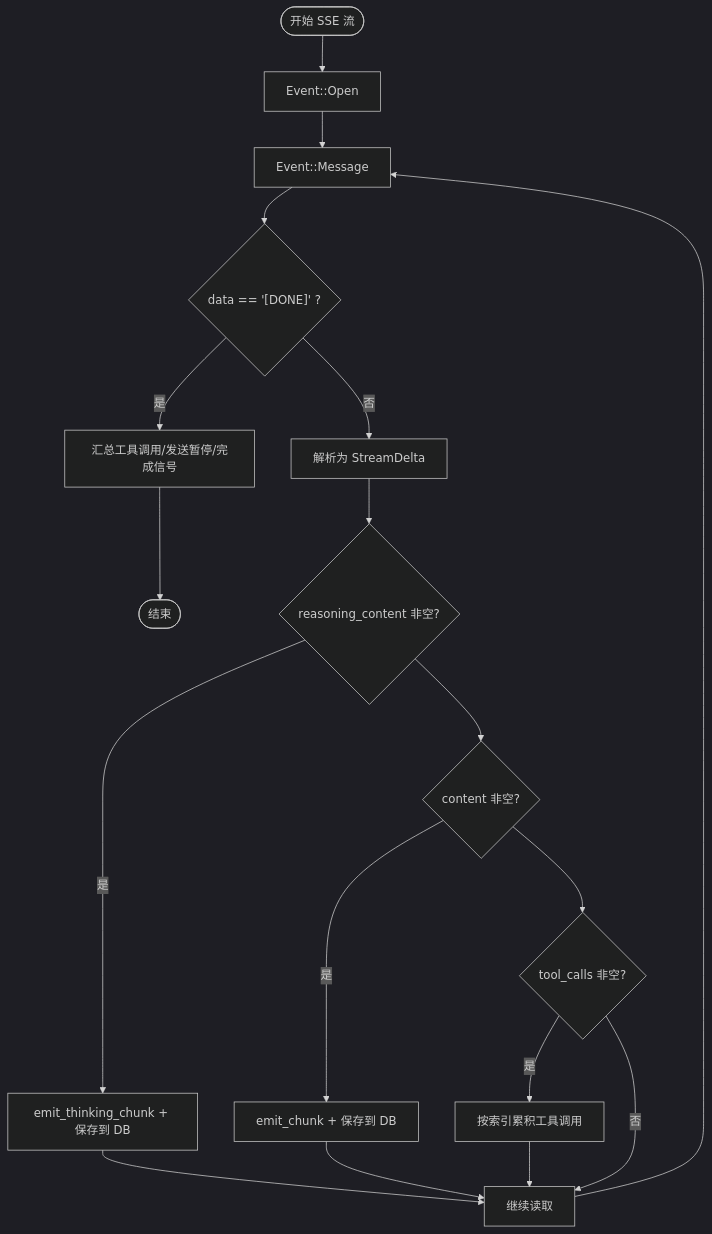
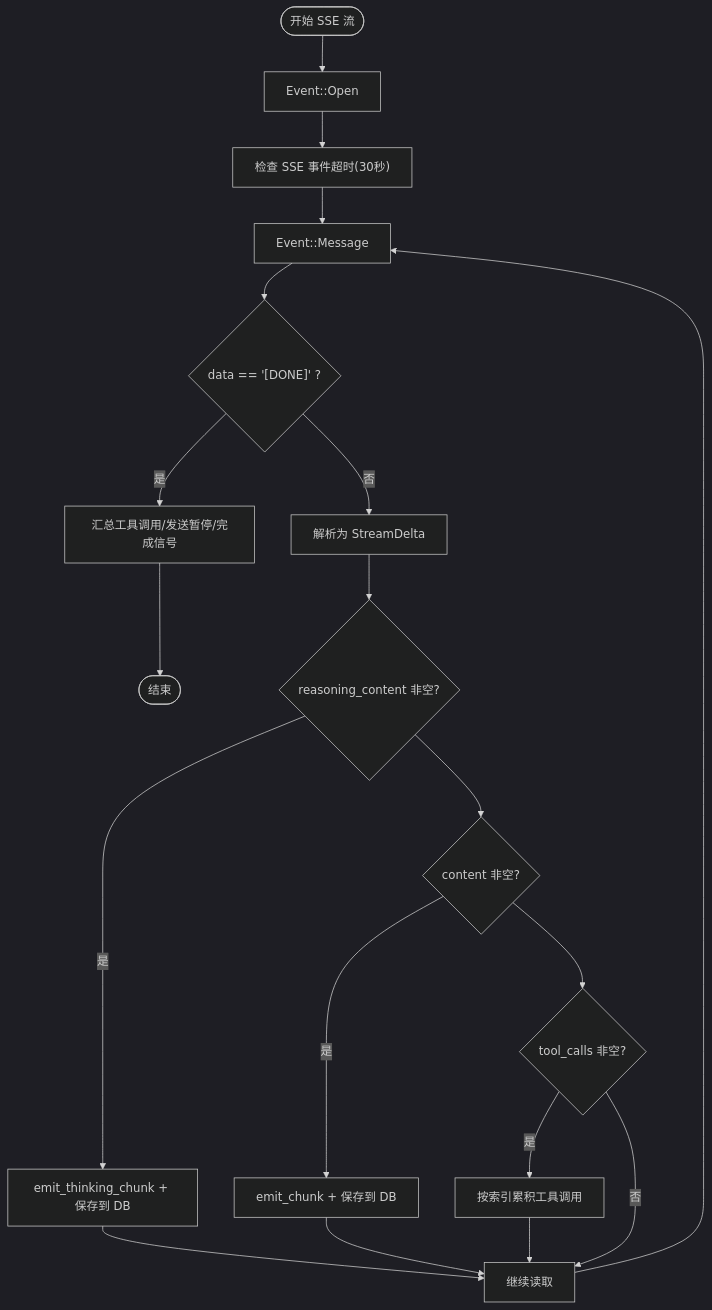
Before and after one commit to baike08/cosurf: the third of 9 diagrams in .qoder/repowiki/zh/content/AI 代理系统/流式对话机制.md, drawn with Mermaid (dark theme). The commit also changed other lines of this file and 23 other files, not shown here.

````diff
--- a/.qoder/repowiki/zh/content/AI 代理系统/流式对话机制.md
+++ b/.qoder/repowiki/zh/content/AI 代理系统/流式对话机制.md
@@ -180,20 +201,21 @@
 ```mermaid
 flowchart TD
 Start(["开始 SSE 流"]) --> Open["Event::Open"]
-Open --> Read["Event::Message"]
+Open --> TimeoutCheck["检查 SSE 事件超时(30秒)"]
+TimeoutCheck --> Read["Event::Message"]
 Read --> Done{"data == '[DONE]' ?"}
 Done --> |是| Finalize["汇总工具调用/发送暂停/完成信号"]
 Done --> |否| Parse["解析为 StreamDelta"]
 Parse --> Thinking{"reasoning_content 非空?"}
 Thinking --> |是| EmitThink["emit_thinking_chunk + 保存到 DB"]
 Thinking --> Content{"content 非空?"}
 Content --> |是| EmitContent["emit_chunk + 保存到 DB"]
 Content --> ToolCalls{"tool_calls 非空?"}
 ToolCalls --> |是| Acc["按索引累积工具调用"]
 ToolCalls --> |否| Next["继续读取"]
 EmitThink --> Next
 EmitContent --> Next
 Acc --> Next
 Next --> Read
 Finalize --> End(["结束"])
 ```
````
